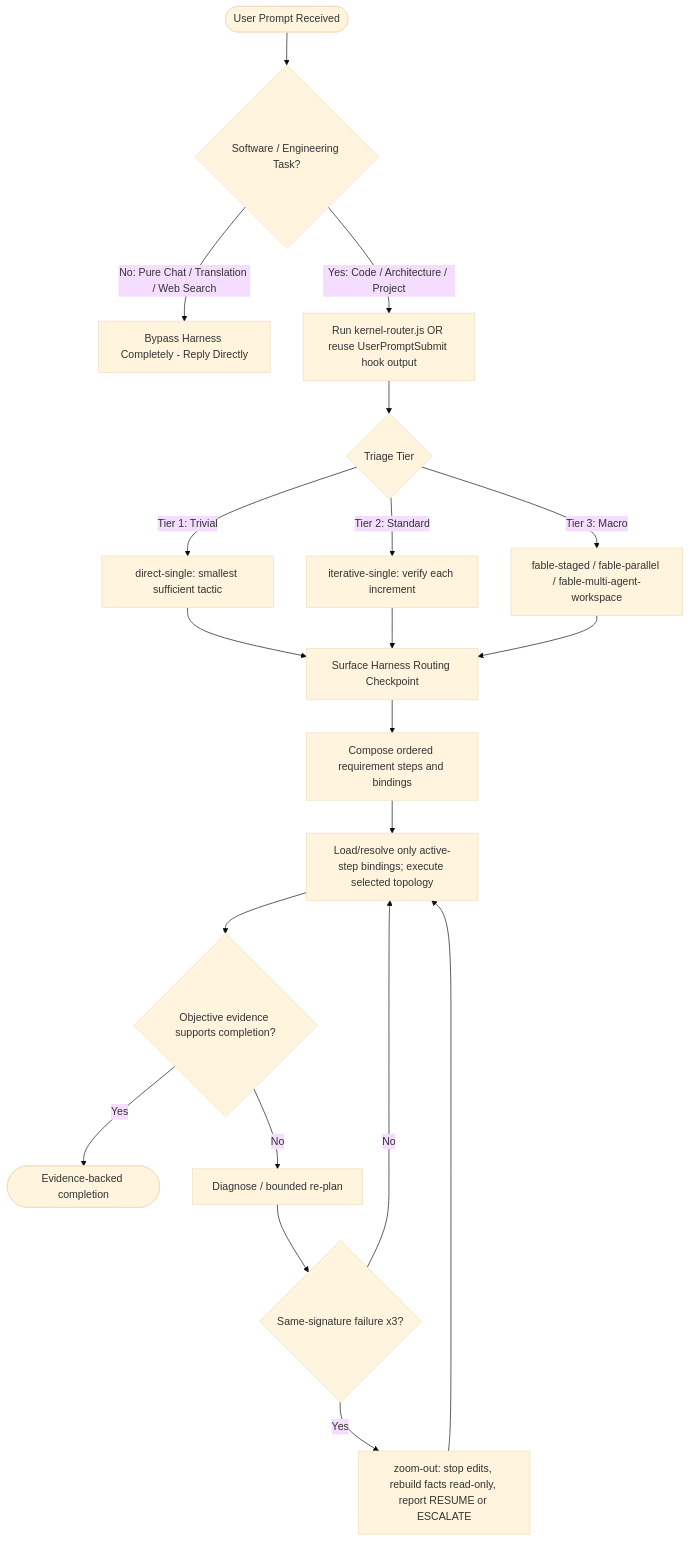
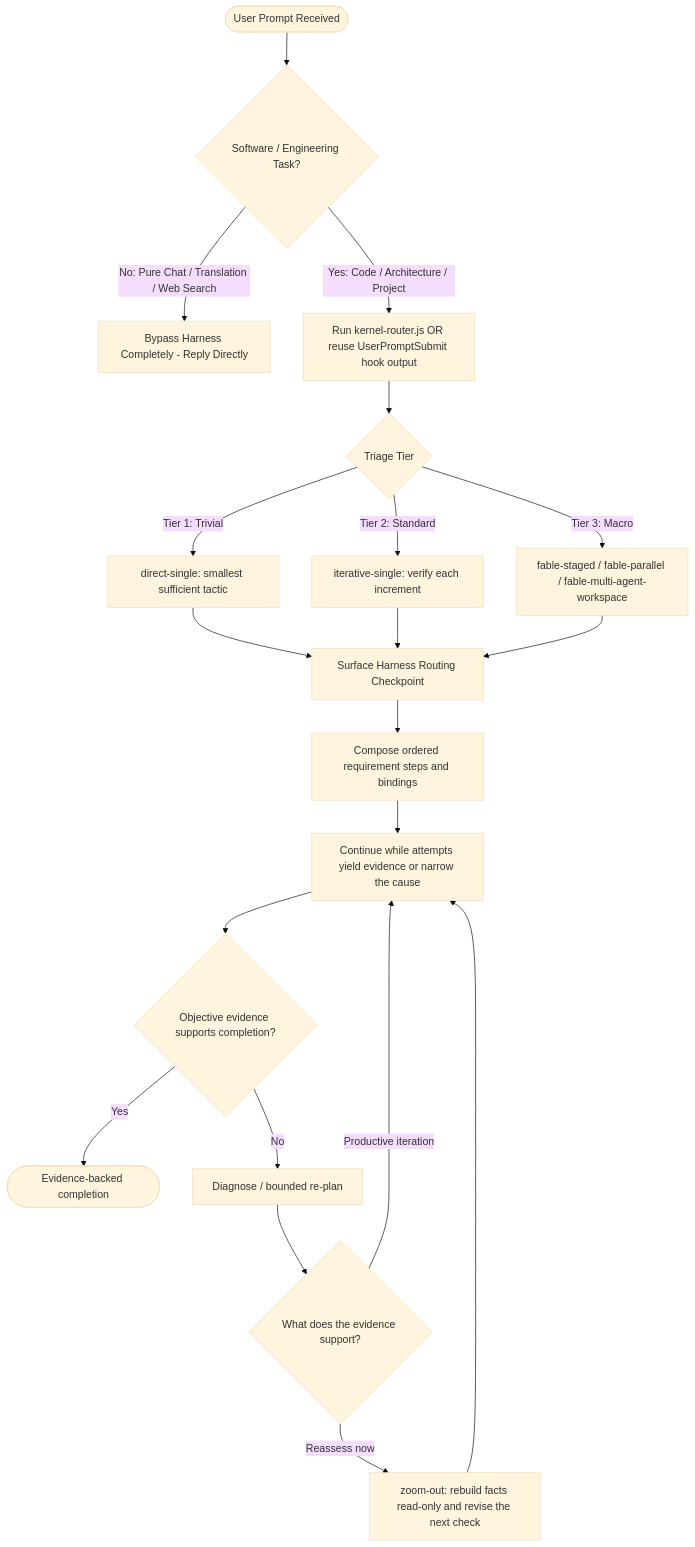
Before and after one commit to dyphn1/Harness-everything: the first of 3 diagrams in docs/workflows/harness-everything.md, drawn with Mermaid (base theme). The commit also changed other lines of this file and 16 other files, not shown here.

First line of the commit message:
refactor(zoom-out): retire the rule-of-3 recurrence requirement from the router contract

````diff
--- a/docs/workflows/harness-everything.md
+++ b/docs/workflows/harness-everything.md
@@ -13,22 +13,22 @@
 ```mermaid
 graph TD
   Start([User Prompt Received]) --> CheckSoftware{Software / Engineering Task?}
   CheckSoftware -->|No: Pure Chat / Translation / Web Search| BypassHarness["Bypass Harness Completely - Reply Directly"]
   CheckSoftware -->|Yes: Code / Architecture / Project| ExecuteRouter["Run kernel-router.js OR reuse UserPromptSubmit hook output"]
   ExecuteRouter --> TriageTier{Triage Tier}
   TriageTier -->|Tier 1: Trivial| Tier1Route["direct-single: smallest sufficient tactic"]
   TriageTier -->|Tier 2: Standard| Tier2Route["iterative-single: verify each increment"]
   TriageTier -->|Tier 3: Macro| Tier3Route["fable-staged / fable-parallel / fable-multi-agent-workspace"]
   Tier1Route --> Checkpoint["Surface Harness Routing Checkpoint"]
   Tier2Route --> Checkpoint
   Tier3Route --> Checkpoint
   Checkpoint --> Decompose["Compose ordered requirement steps and bindings"]
   Decompose --> Execute["Load/resolve only active-step bindings; execute selected topology"]
   Execute --> VerifyGate{Objective evidence supports completion?}
   VerifyGate -->|Yes| Done([Evidence-backed completion])
   VerifyGate -->|No| Diagnose["Diagnose / bounded re-plan"]
-  Diagnose --> RetryCheck{Same-signature failure x3?}
-  RetryCheck -->|No| Execute
-  RetryCheck -->|Yes| ZoomOut["zoom-out: stop edits, rebuild facts read-only, report RESUME or ESCALATE"]
+  Diagnose --> Choice{What does the evidence support?}
+  Choice -->|Reassess now| ZoomOut["zoom-out: rebuild facts read-only and revise the next check"]
+  Choice -->|Productive iteration| Execute["Continue while attempts yield evidence or narrow the cause"]
   ZoomOut --> Execute
 ```
````
